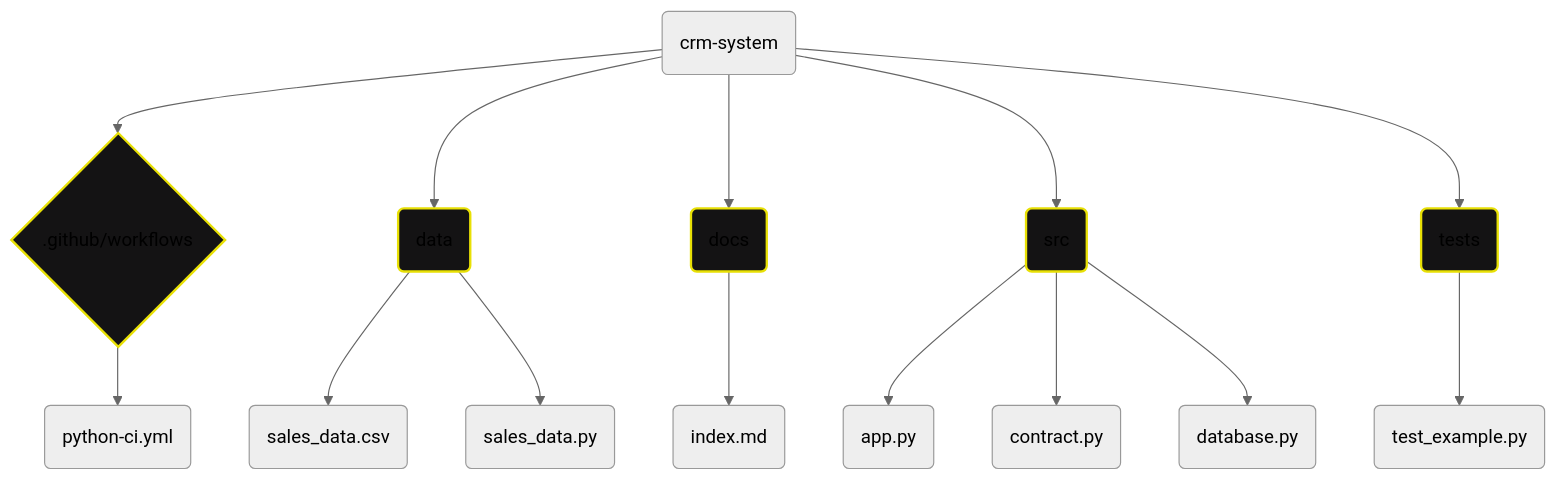
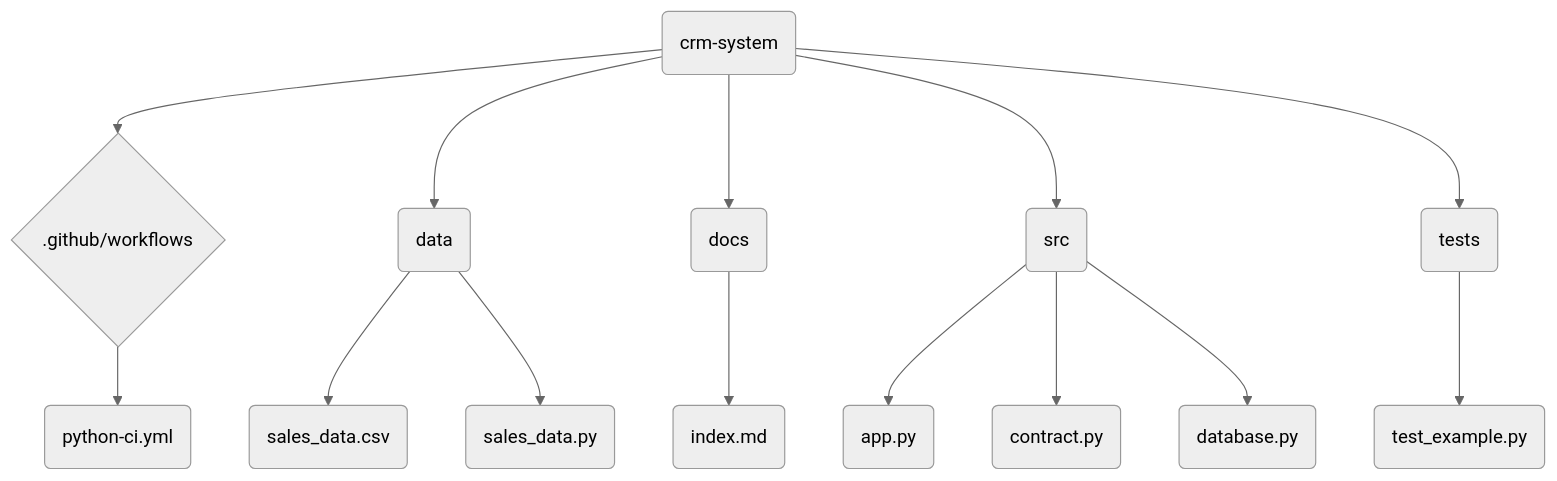
One commit to Jcnok/crm-system changed the diagram in README.md. Above: the diagram before and after it, drawn with Mermaid (neutral theme).

````diff
--- a/README.md
+++ b/README.md
@@ -10,23 +10,17 @@
 ```mermaid
 graph TD
     B(crm-system);
     B --> C{.github/workflows};
     B --> D(data);
     B --> E(docs);
     B --> F(src);
     B --> G(tests);
     C --> H(python-ci.yml);
     D --> I(sales_data.csv);
     D --> J(sales_data.py);
     E --> K(index.md);
     F --> M(app.py);
     F --> N(contract.py);
     F --> O(database.py);
-    G --> P(test_example.py);
-    
-    style C fill:#141314,stroke:#e8e005,stroke-width:2px
-    style D fill:#141314,stroke:#e8e005,stroke-width:2px
-    style E fill:#141314,stroke:#e8e005,stroke-width:2px
-    style F fill:#141314,stroke:#e8e005,stroke-width:2px
-    style G fill:#141314,stroke:#e8e005,stroke-width:2px
+    G --> P(test_example.py);       
 ```
````
